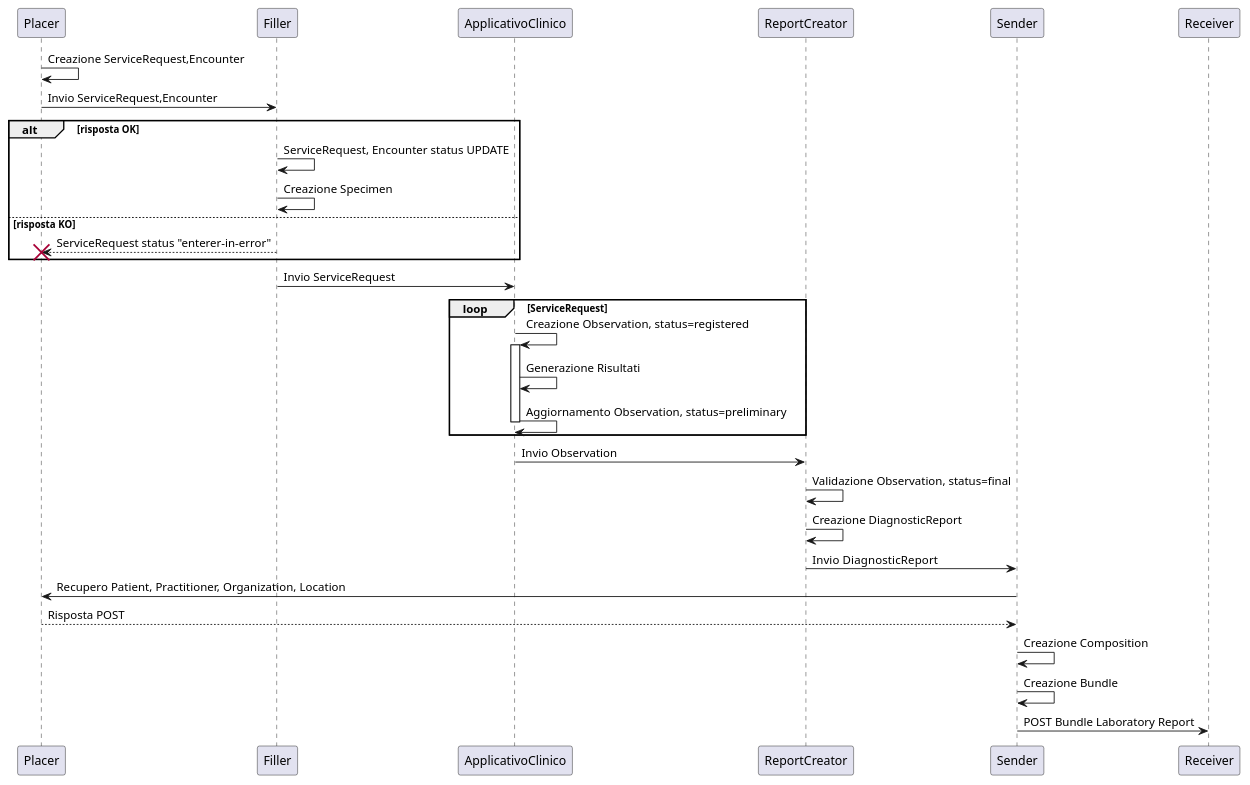
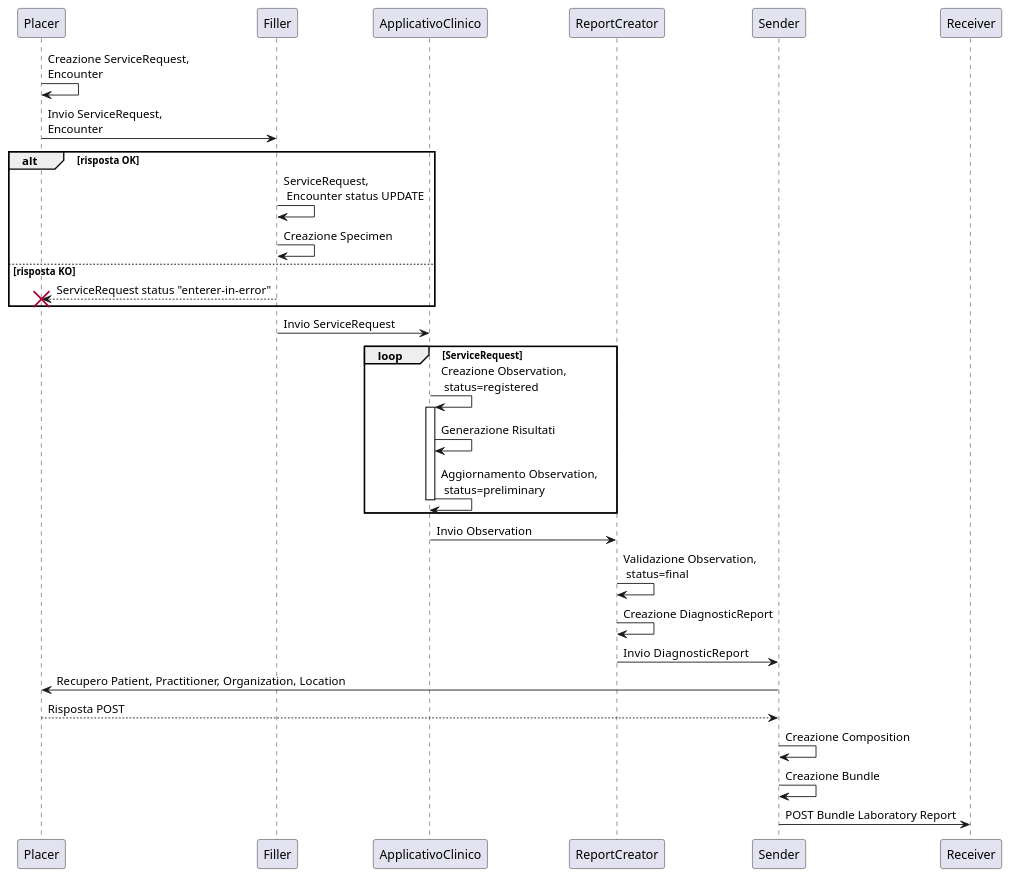
The diagram in input/images-source/creazioneBundleDocument.plantuml (hl7-it/lab-report), drawn with PlantUML before and after one commit.

```diff
--- a/input/images-source/creazioneBundleDocument.plantuml
+++ b/input/images-source/creazioneBundleDocument.plantuml
@@ -1,28 +1,28 @@
 @startuml
-Placer -> Placer: Creazione ServiceRequest,Encounter
+Placer -> Placer: Creazione ServiceRequest,\nEncounter
 
-Placer -> Filler: Invio ServiceRequest,Encounter
+Placer -> Filler: Invio ServiceRequest,\nEncounter
 
 alt risposta OK
-    Filler -> Filler: ServiceRequest, Encounter status UPDATE
+    Filler -> Filler: ServiceRequest,\n Encounter status UPDATE
     Filler -> Filler: Creazione Specimen
 else risposta KO
     Filler --> Placer !!: ServiceRequest status "enterer-in-error"
 end
 
 Filler -> ApplicativoClinico: Invio ServiceRequest
     loop ServiceRequest
-        ApplicativoClinico-> ApplicativoClinico++: Creazione Observation, status=registered 
+        ApplicativoClinico-> ApplicativoClinico++: Creazione Observation,\n status=registered 
         ApplicativoClinico-> ApplicativoClinico: Generazione Risultati
-        ApplicativoClinico-> ApplicativoClinico--: Aggiornamento Observation, status=preliminary 
+        ApplicativoClinico-> ApplicativoClinico--: Aggiornamento Observation,\n status=preliminary 
     end
 ApplicativoClinico-> ReportCreator: Invio Observation
-ReportCreator -> ReportCreator: Validazione Observation, status=final
+ReportCreator -> ReportCreator: Validazione Observation,\n status=final
 ReportCreator -> ReportCreator: Creazione DiagnosticReport
 ReportCreator -> Sender: Invio  DiagnosticReport
 Sender -> Placer: Recupero Patient, Practitioner, Organization, Location
 Placer --> Sender: Risposta POST
 Sender -> Sender: Creazione Composition
 Sender -> Sender: Creazione Bundle
 Sender -> Receiver: POST Bundle Laboratory Report
 @enduml
```
